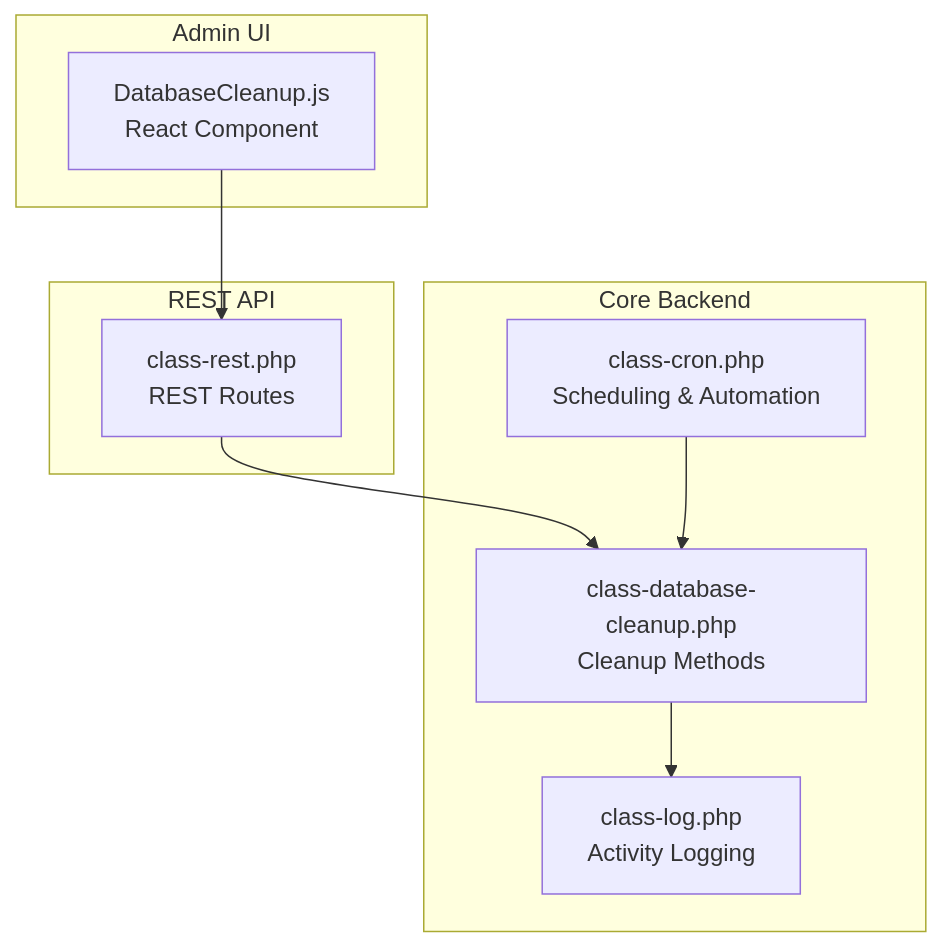
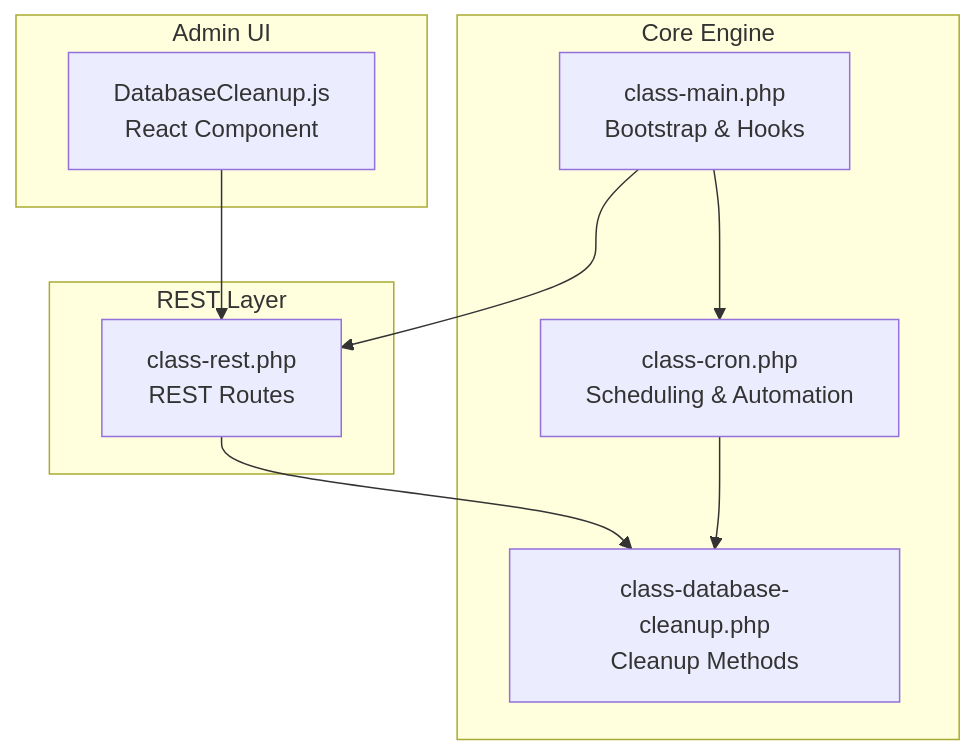
Before and after one commit to nilesh32236/performance-optimisation: the first of 5 diagrams in .qoder/repowiki/en/content/Database Management/Automated Cleanup Processes.md, drawn with Mermaid. The commit also changed other lines of this file and 46 other files, not shown here.

````diff
--- a/.qoder/repowiki/en/content/Database Management/Automated Cleanup Processes.md
+++ b/.qoder/repowiki/en/content/Database Management/Automated Cleanup Processes.md
@@ -31,18 +36,19 @@
 ```mermaid
 graph TB
 subgraph "Admin UI"
 UI["DatabaseCleanup.js<br/>React Component"]
 end
-subgraph "REST API"
+subgraph "REST Layer"
 REST["class-rest.php<br/>REST Routes"]
 end
-subgraph "Core Backend"
+subgraph "Core Engine"
 CLEAN["class-database-cleanup.php<br/>Cleanup Methods"]
 CRON["class-cron.php<br/>Scheduling & Automation"]
-LOG["class-log.php<br/>Activity Logging"]
+MAIN["class-main.php<br/>Bootstrap & Hooks"]
 end
 UI --> REST
 REST --> CLEAN
 CRON --> CLEAN
-CLEAN --> LOG
+MAIN --> CRON
+MAIN --> REST
 ```
````
